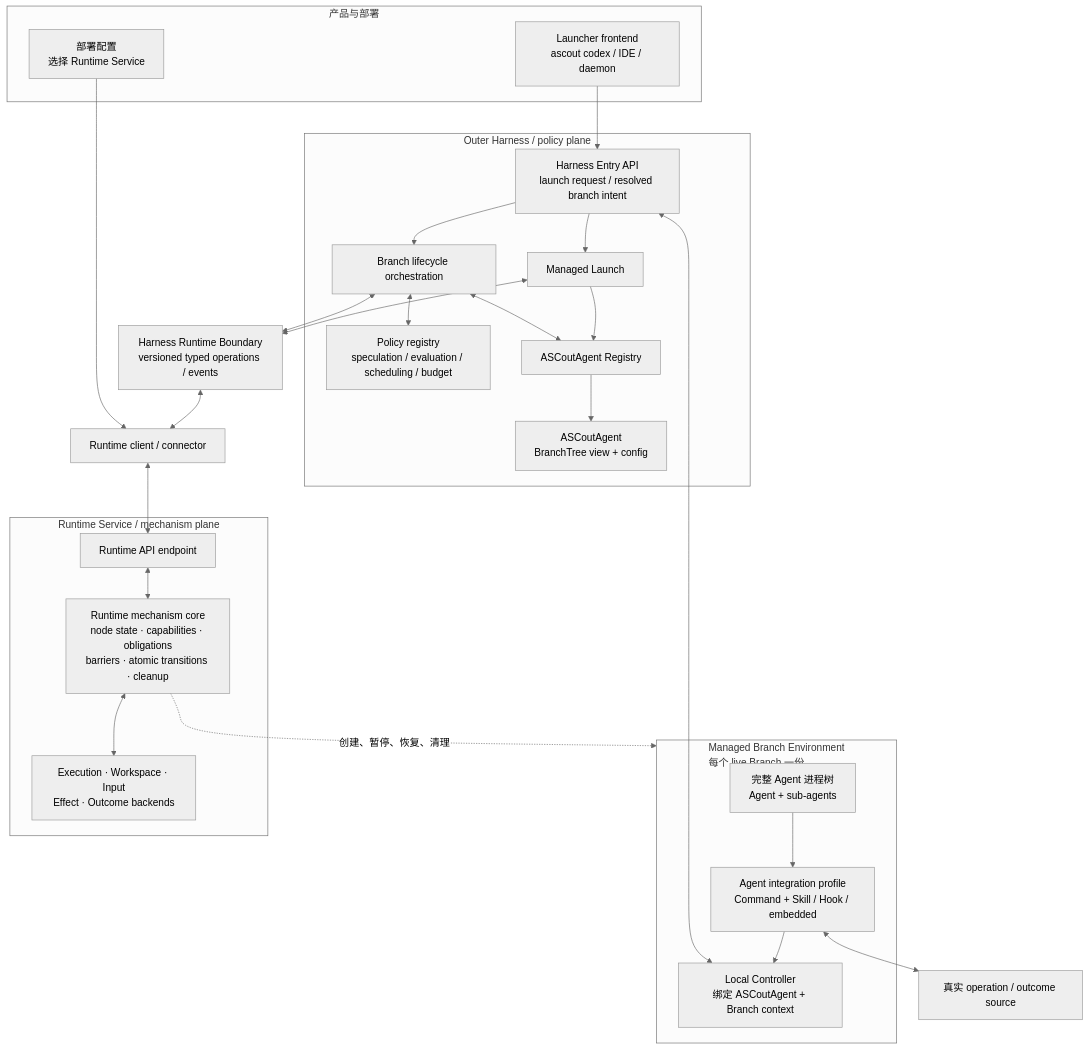
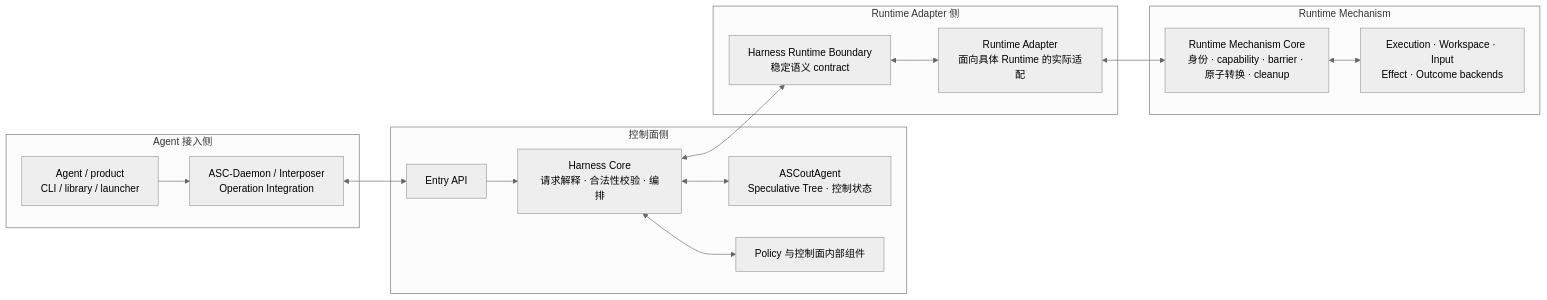
The first of 2 diagrams in docs/architecture.md (bettermultiply/AgentScout), drawn with Mermaid (neutral theme) before and after one commit. The commit also changed other lines of this file and 14 other files, not shown here.

Commit message:
docs: align architecture around four-side model

````diff
--- a/docs/architecture.md
+++ b/docs/architecture.md
@@ -245,56 +15,34 @@
 ```mermaid
-flowchart TB
-subgraph PRODUCT["产品与部署"]
-FRONTEND["Launcher frontend<br/>ascout codex / IDE / daemon"]
-CONFIG["部署配置<br/>选择 Runtime Service"]
-end
+flowchart LR
+    subgraph ACCESS["Agent 接入侧"]
+        CLIENTS["Agent / product<br/>CLI / library / launcher"]
+        INTEGRATION["ASC-Daemon / Interposer<br/>Operation Integration"]
+        CLIENTS --> INTEGRATION
+    end
 
-subgraph BRANCH["Managed Branch Environment<br/>每个 live Branch 一份"]
-AGENT["完整 Agent 进程树<br/>Agent + sub-agents"]
-PROFILE["Agent integration profile<br/>Command + Skill / Hook / embedded"]
-LOCAL["Local Controller<br/>绑定 ASCoutAgent + Branch context"]
-AGENT --> PROFILE
-PROFILE --> LOCAL
-end
+    subgraph CONTROL["控制面侧"]
+        ENTRY["Entry API"]
+        CORE["Harness Core<br/>请求解释 · 合法性校验 · 编排"]
+        STATE["ASCoutAgent<br/>Speculative Tree · 控制状态"]
+        POLICY["Policy 与控制面内部组件"]
+        ENTRY --> CORE
+        CORE <--> STATE
+        CORE <--> POLICY
+    end
 
-SOURCE["真实 operation / outcome source"]
-PROFILE <--> SOURCE
+    subgraph ADAPTER_SIDE["Runtime Adapter 侧"]
+        BOUNDARY["Harness Runtime Boundary<br/>稳定语义 contract"]
+        ADAPTER["Runtime Adapter<br/>面向具体 Runtime 的实际适配"]
+        BOUNDARY <--> ADAPTER
+    end
 
-subgraph HARNESS["Outer Harness / policy plane"]
-ENTRY["Harness Entry API<br/>launch request / resolved branch intent"]
-LAUNCH["Managed Launch"]
-CONTROL["Branch lifecycle orchestration"]
-POLICY["Policy registry<br/>speculation / evaluation / scheduling / budget"]
-REGISTRY["ASCoutAgent Registry"]
-ASCout["ASCoutAgent<br/>BranchTree view + config"]
+    subgraph RUNTIME["Runtime Mechanism"]
+        MECHANISM["Runtime Mechanism Core<br/>身份 · capability · barrier · 原子转换 · cleanup"]
+        BACKENDS["Execution · Workspace · Input<br/>Effect · Outcome backends"]
+        MECHANISM <--> BACKENDS
+    end
 
-ENTRY --> LAUNCH
-ENTRY --> CONTROL
-CONTROL <--> POLICY
-LAUNCH --> REGISTRY
-CONTROL <--> REGISTRY
-REGISTRY --> ASCout
-end
-
-BOUNDARY["Harness Runtime Boundary<br/>versioned typed operations / events"]
-CONNECTOR["Runtime client / connector"]
-
-subgraph RUNTIME["Runtime Service / mechanism plane"]
-RUNTIME_API["Runtime API endpoint"]
-CORE["Runtime mechanism core<br/>node state · capabilities · obligations<br/
->barriers · atomic transitions · cleanup"]
-BACKENDS["Execution · Workspace · Input<br/>Effect · Outcome backends"]
-
-RUNTIME_API <--> CORE
-CORE <--> BACKENDS
-end
-
-FRONTEND --> ENTRY
-LOCAL <--> ENTRY
-LAUNCH <--> BOUNDARY
-CONTROL <--> BOUNDARY
-BOUNDARY <--> CONNECTOR
-CONNECTOR <--> RUNTIME_API
-CONFIG --> CONNECTOR
-CORE -. "创建、暂停、恢复、清理" .-> BRANCH
+    INTEGRATION <--> ENTRY
+    CORE <--> BOUNDARY
+    ADAPTER <--> MECHANISM
 ```
````
